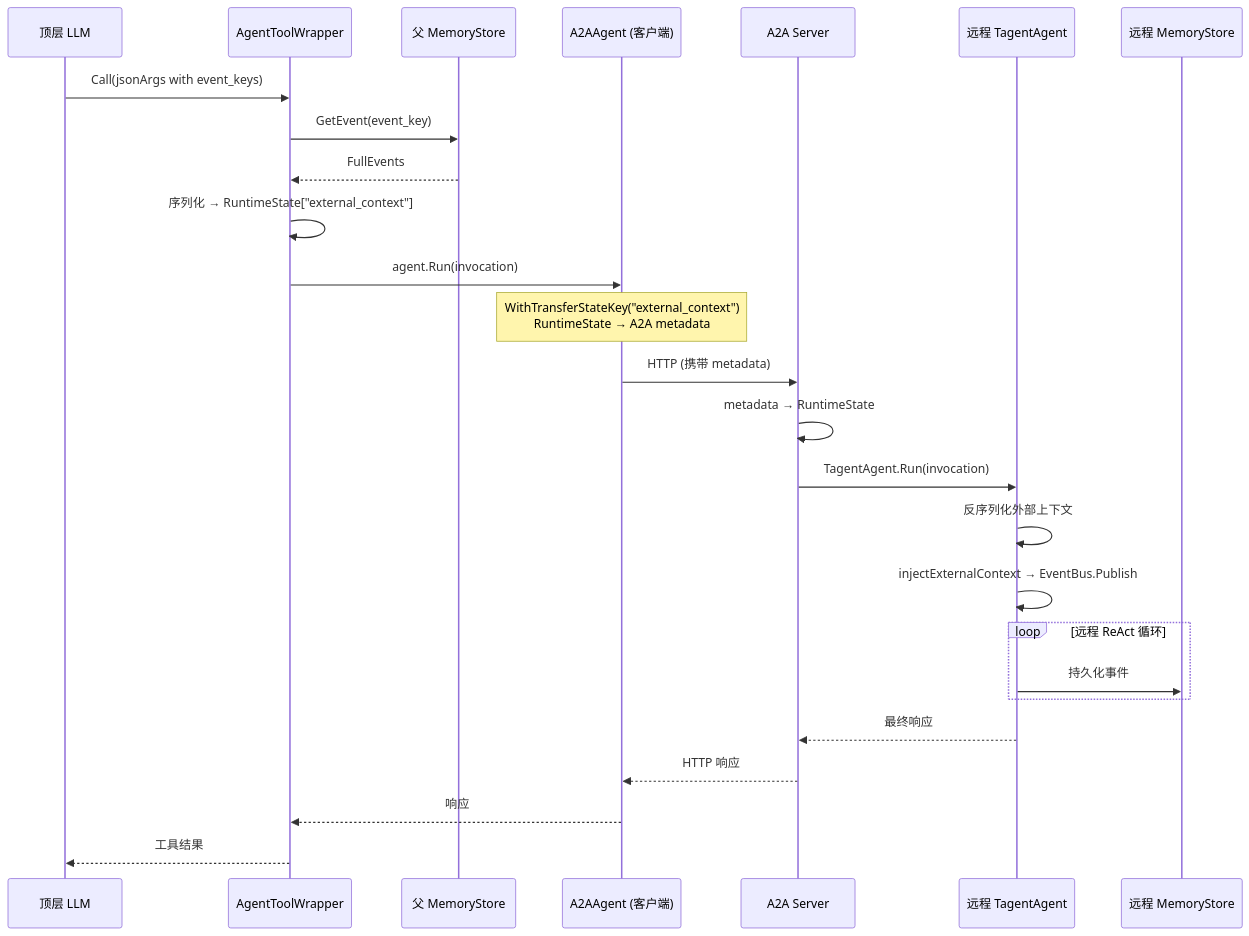
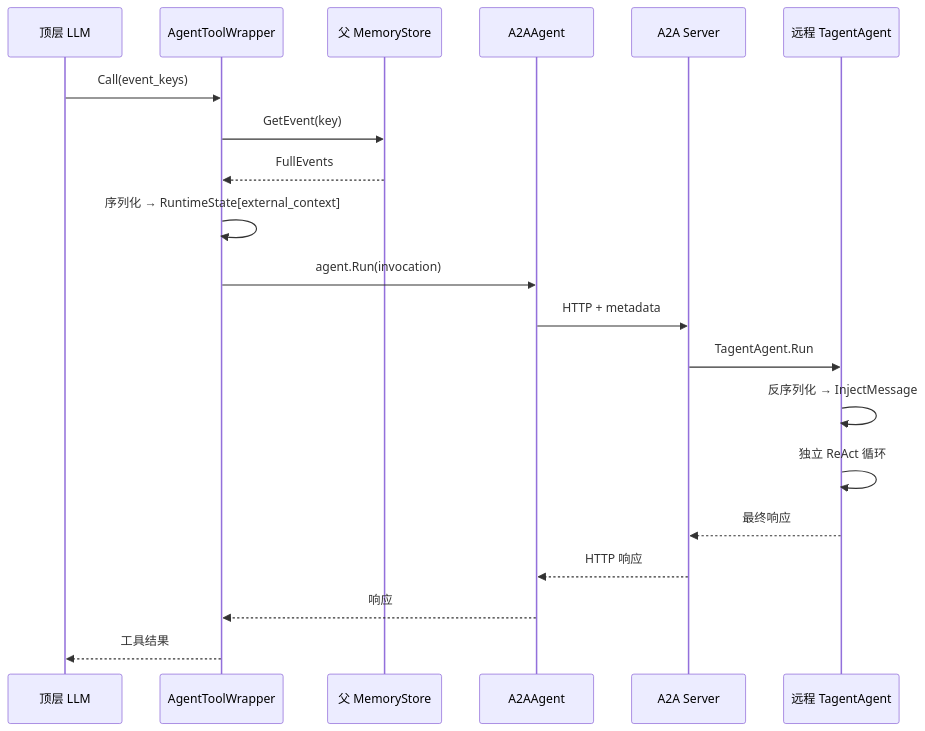
The eighth of 9 diagrams in README.md (SpellingDragon/tagent), drawn with Mermaid before and after one commit. The commit also changed other lines of this file and 320 other files, not shown here.

````diff
--- a/README.md
+++ b/README.md
@@ -363,33 +324,23 @@
 ```mermaid
 sequenceDiagram
     participant LLM as 顶层 LLM
     participant AW as AgentToolWrapper
     participant PS as 父 MemoryStore
-    participant A2A as A2AAgent (客户端)
+    participant A2A as A2AAgent
     participant SRV as A2A Server
     participant RTA as 远程 TagentAgent
-    participant RMS as 远程 MemoryStore
 
-    LLM->>AW: Call(jsonArgs with event_keys)
-    AW->>PS: GetEvent(event_key)
+    LLM->>AW: Call(event_keys)
+    AW->>PS: GetEvent(key)
     PS-->>AW: FullEvents
-    AW->>AW: 序列化 → RuntimeState["external_context"]
+    AW->>AW: 序列化 → RuntimeState[external_context]
     AW->>A2A: agent.Run(invocation)
-
-    Note over A2A: WithTransferStateKey("external_context")<br/>RuntimeState → A2A metadata
-
-    A2A->>SRV: HTTP (携带 metadata)
-    SRV->>SRV: metadata → RuntimeState
-    SRV->>RTA: TagentAgent.Run(invocation)
-    RTA->>RTA: 反序列化外部上下文
-    RTA->>RTA: injectExternalContext → EventBus.Publish
-
-    loop 远程 ReAct 循环
-        RTA->>RMS: 持久化事件
-    end
-
+    A2A->>SRV: HTTP + metadata
+    SRV->>RTA: TagentAgent.Run
+    RTA->>RTA: 反序列化 → InjectMessage
+    RTA->>RTA: 独立 ReAct 循环
     RTA-->>SRV: 最终响应
     SRV-->>A2A: HTTP 响应
     A2A-->>AW: 响应
     AW-->>LLM: 工具结果
 ```
````
